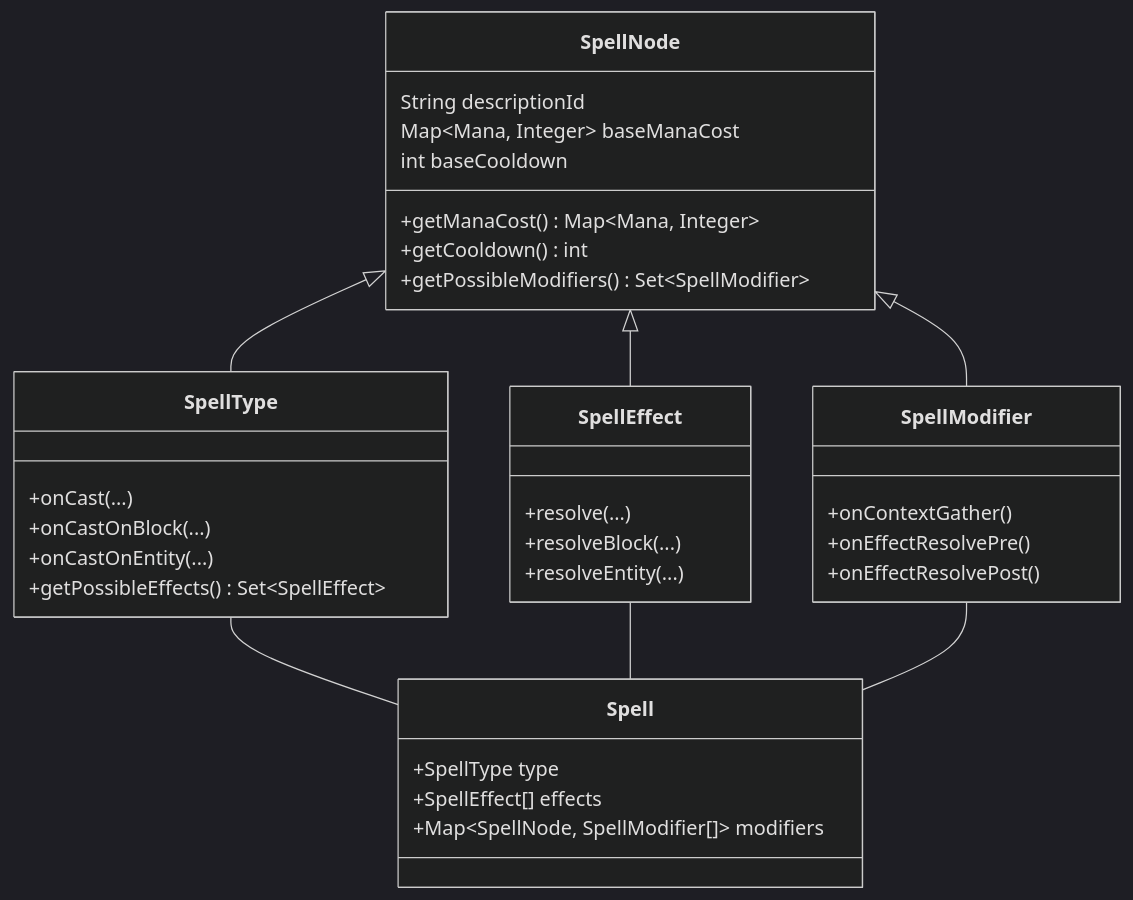
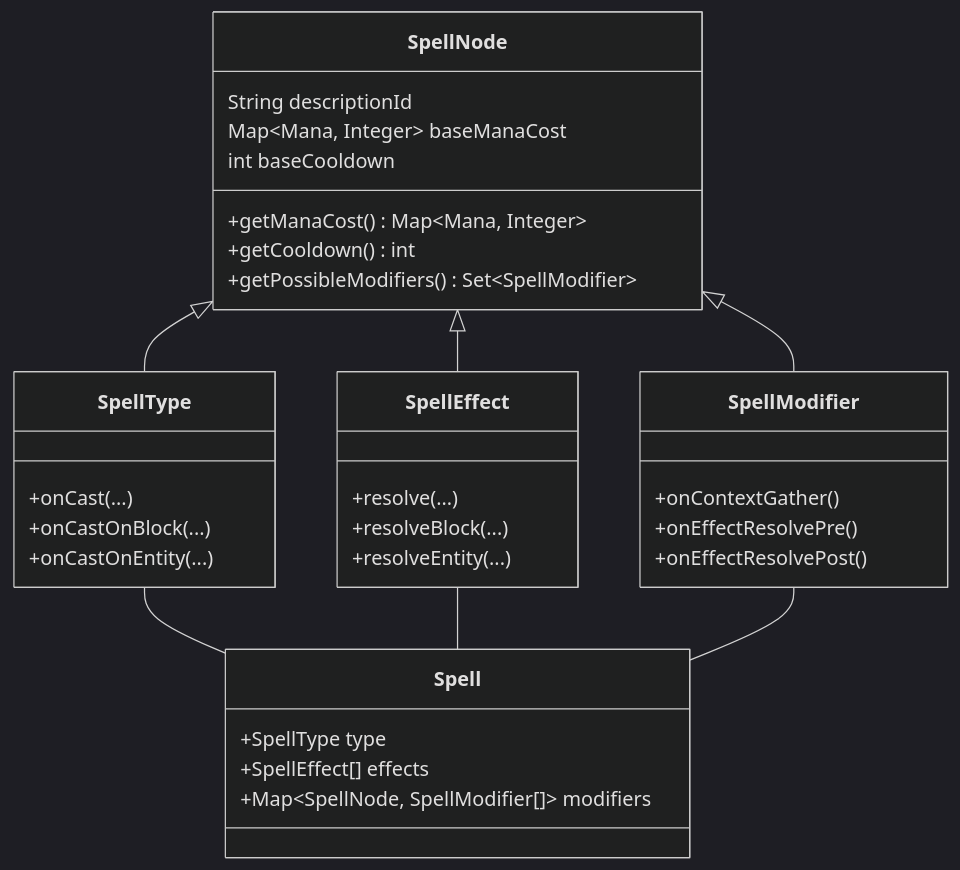
Before and after one commit to SFSeeger/ManaweaveAndRunes: the diagram in docs/spellcasting.md, drawn with Mermaid (dark theme). The commit also changed 75 other files, not shown here.

`````diff
--- a/docs/spellcasting.md
+++ b/docs/spellcasting.md
@@ -3,41 +3,40 @@
 ````mermaid
 classDiagram
 
     class SpellNode{
         String descriptionId
         Map~Mana, Integer~ baseManaCost
         int baseCooldown
 
         +getManaCost() Map~Mana, Integer~
         +getCooldown() int
         +getPossibleModifiers() Set~SpellModifier~
     }
     SpellNode <|-- SpellType
     class SpellType{
         +onCast(...)
         +onCastOnBlock(...)
         +onCastOnEntity(...)
-        +getPossibleEffects() Set~SpellEffect~
     }
     SpellNode <|-- SpellEffect
     class SpellEffect{
         +resolve(...)
         +resolveBlock(...)
         +resolveEntity(...)
     }
     SpellNode <|-- SpellModifier
     class SpellModifier{
         +onContextGather()
         +onEffectResolvePre()
         +onEffectResolvePost()
     }
 
     SpellType --  Spell
     SpellEffect -- Spell
     SpellModifier -- Spell
     class Spell{
         +SpellType type
         +SpellEffect[] effects
         +Map~SpellNode, SpellModifier[]~ modifiers
     }
 ````
`````
